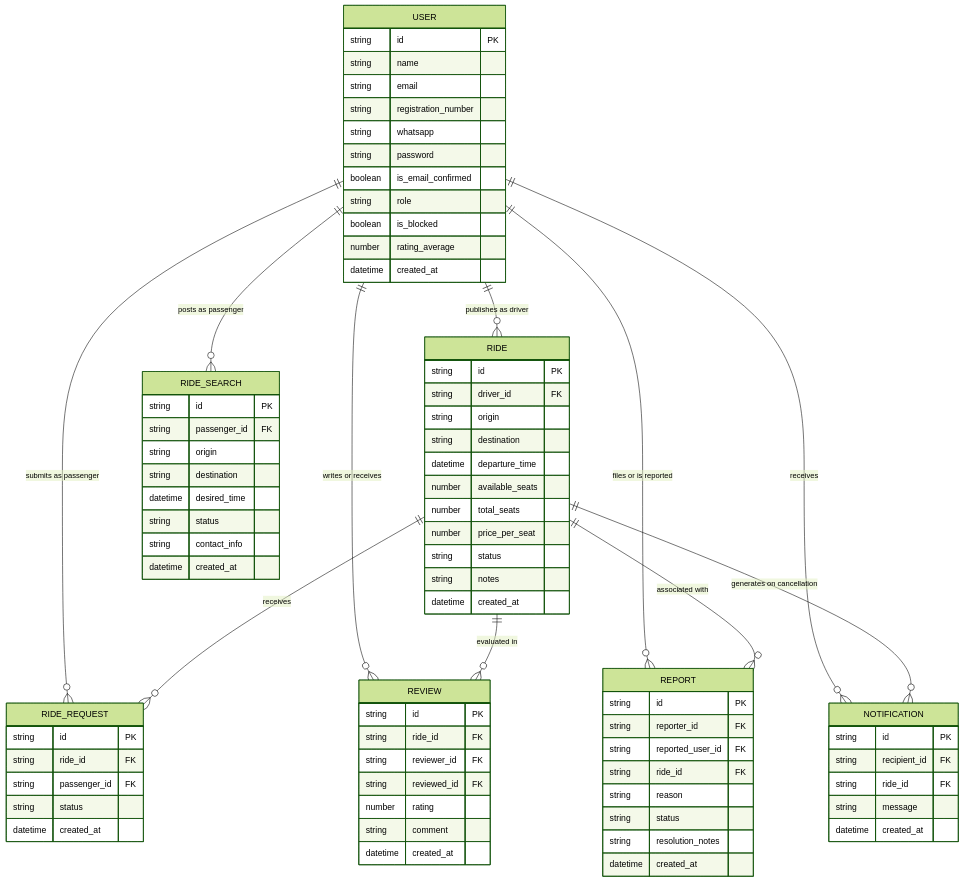
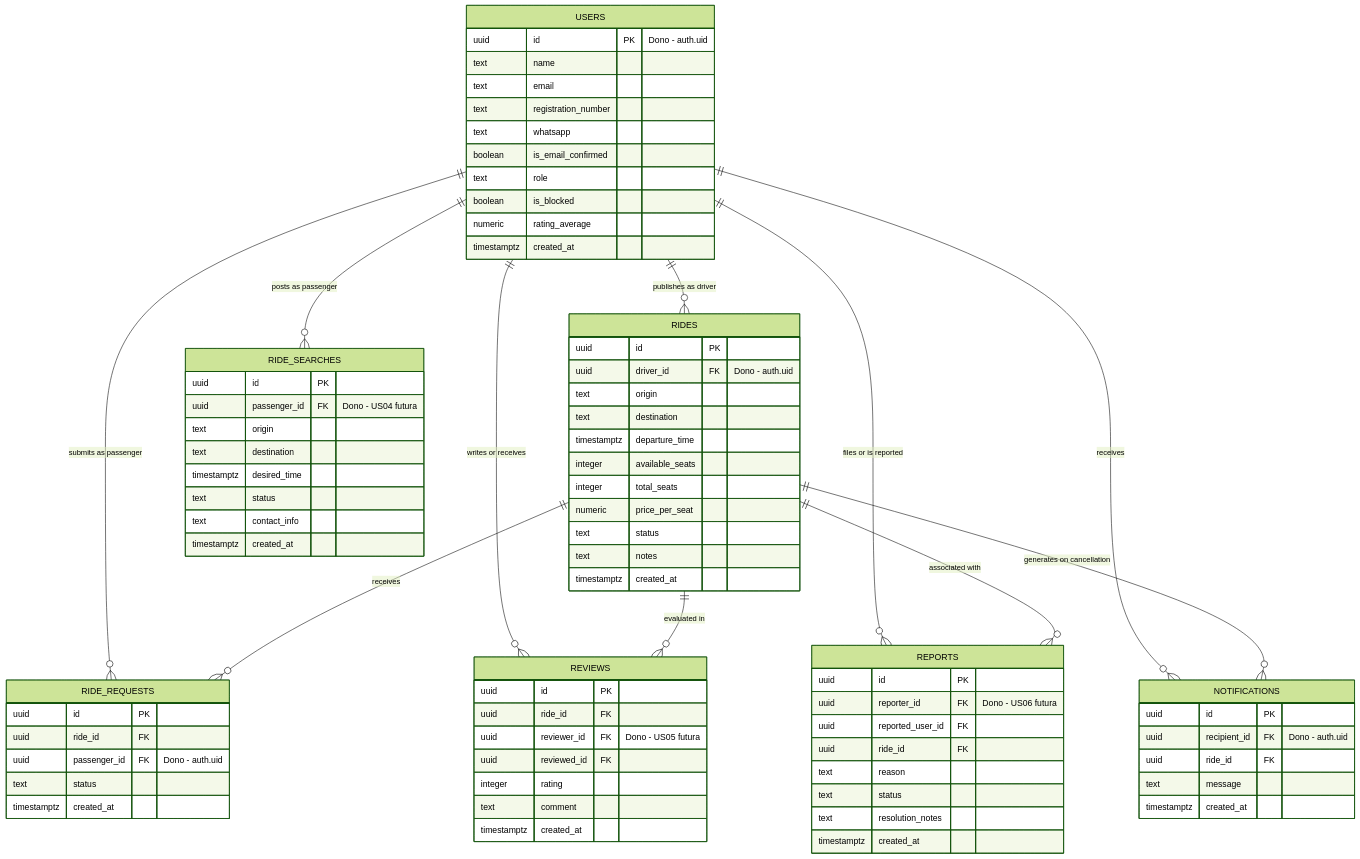
One commit to UTFRide/UTFRide changed the second of 2 diagrams in docs/architecture.md. Above: the diagram before and after it, drawn with Mermaid (forest theme). The commit also changed other lines of this file, not shown here.

Commit message:
docs: registrar acesso REST, colunas de dono e regras RLS no architecture.md

````diff
--- a/docs/architecture.md
+++ b/docs/architecture.md
@@ -198,90 +201,89 @@
 ```mermaid
 erDiagram
-    USER ||--o{ RIDE : "publishes as driver"
-    USER ||--o{ RIDE_REQUEST : "submits as passenger"
-    USER ||--o{ RIDE_SEARCH : "posts as passenger"
-    USER ||--o{ REVIEW : "writes or receives"
-    USER ||--o{ REPORT : "files or is reported"
-    USER ||--o{ NOTIFICATION : "receives"
+    USERS ||--o{ RIDES : "publishes as driver"
+    USERS ||--o{ RIDE_REQUESTS : "submits as passenger"
+    USERS ||--o{ RIDE_SEARCHES : "posts as passenger"
+    USERS ||--o{ REVIEWS : "writes or receives"
+    USERS ||--o{ REPORTS : "files or is reported"
+    USERS ||--o{ NOTIFICATIONS : "receives"
     
-    RIDE ||--o{ RIDE_REQUEST : "receives"
-    RIDE ||--o{ REVIEW : "evaluated in"
-    RIDE ||--o{ REPORT : "associated with"
-    RIDE ||--o{ NOTIFICATION : "generates on cancellation"
+    RIDES ||--o{ RIDE_REQUESTS : "receives"
+    RIDES ||--o{ REVIEWS : "evaluated in"
+    RIDES ||--o{ REPORTS : "associated with"
+    RIDES ||--o{ NOTIFICATIONS : "generates on cancellation"
 
-    USER {
-        string id PK
-        string name
-        string email
-        string registration_number
-        string whatsapp
-        string password
+    USERS {
+        uuid id PK "Dono - auth.uid"
+        text name
+        text email
+        text registration_number
+        text whatsapp
         boolean is_email_confirmed
-        string role
+        text role
         boolean is_blocked
-        number rating_average
-        datetime created_at
+        numeric rating_average
+        timestamptz created_at
     }
 
-    RIDE {
-        string id PK
-        string driver_id FK
-        string origin
-        string destination
-        datetime departure_time
-        number available_seats
-        number total_seats
-        number price_per_seat
-        string status
-        string notes
-        datetime created_at
+    RIDES {
+        uuid id PK
+        uuid driver_id FK "Dono - auth.uid"
+        text origin
+        text destination
+        timestamptz departure_time
+        integer available_seats
+        integer total_seats
+        numeric price_per_seat
+        text status
+        text notes
+        timestamptz created_at
     }
 
-    RIDE_REQUEST {
-        string id PK
-        string ride_id FK
-        string passenger_id FK
-        string status
-        datetime created_at
+    RIDE_REQUESTS {
+        uuid id PK
+        uuid ride_id FK
+        uuid passenger_id FK "Dono - auth.uid"
+        text status
+        timestamptz created_at
     }
 
-    RIDE_SEARCH {
-        string id PK
-        string passenger_id FK
-        string origin
-        string destination
-        datetime desired_time
-        string status
-        string contact_info
-        datetime created_at
+    NOTIFICATIONS {
+        uuid id PK
+        uuid recipient_id FK "Dono - auth.uid"
+        uuid ride_id FK
+        text message
+        timestamptz created_at
     }
 
-    REVIEW {
-        string id PK
-        string ride_id FK
-        string reviewer_id FK
-        string reviewed_id FK
-        number rating
-        string comment
-        datetime created_at
+    RIDE_SEARCHES {
+        uuid id PK
+        uuid passenger_id FK "Dono - US04 futura"
+        text origin
+        text destination
+        timestamptz desired_time
+        text status
+        text contact_info
+        timestamptz created_at
     }
 
-    REPORT {
-        string id PK
-        string reporter_id FK
-        string reported_user_id FK
-        string ride_id FK
-        string reason
-        string status
-        string resolution_notes
-        datetime created_at
+    REVIEWS {
+        uuid id PK
+        uuid ride_id FK
+        uuid reviewer_id FK "Dono - US05 futura"
+        uuid reviewed_id FK
+        integer rating
+        text comment
+        timestamptz created_at
     }
 
-    NOTIFICATION {
-        string id PK
-        string recipient_id FK
-        string ride_id FK
-        string message
-        datetime created_at
+    REPORTS {
+        uuid id PK
+        uuid reporter_id FK "Dono - US06 futura"
+        uuid reported_user_id FK
+        uuid ride_id FK
+        text reason
+        text status
+        text resolution_notes
+        timestamptz created_at
     }
 ```
````
